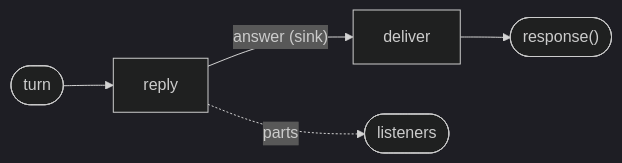
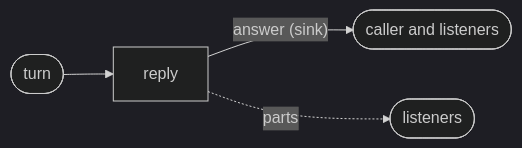
Before and after one commit to Flezha/flezha: the diagram in priv/ai_kit/docs/streamed_answers.md, drawn with Mermaid (dark theme). The commit also changed other lines of this file and 89 other files, not shown here.

First line of the commit message:
Answer calls through outputs instead of response()

````diff
--- a/priv/ai_kit/docs/streamed_answers.md
+++ b/priv/ai_kit/docs/streamed_answers.md
@@ -30,5 +28,5 @@
 ```mermaid
 flowchart LR
-    T(["turn"]) --> R["reply"] -->|"answer (sink)"| D["deliver"] --> C(["response()"])
+    T(["turn"]) --> R["reply"] -->|"answer (sink)"| C(["caller and listeners"])
     R -. "parts" .-> L(["listeners"])
 ```
````
